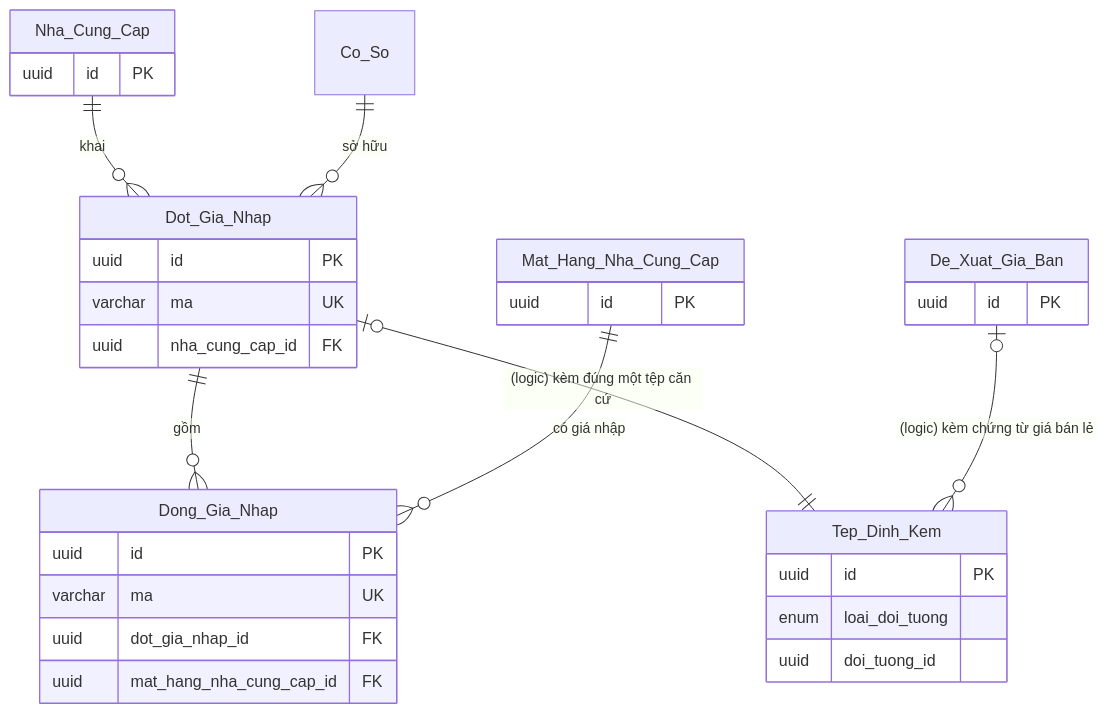
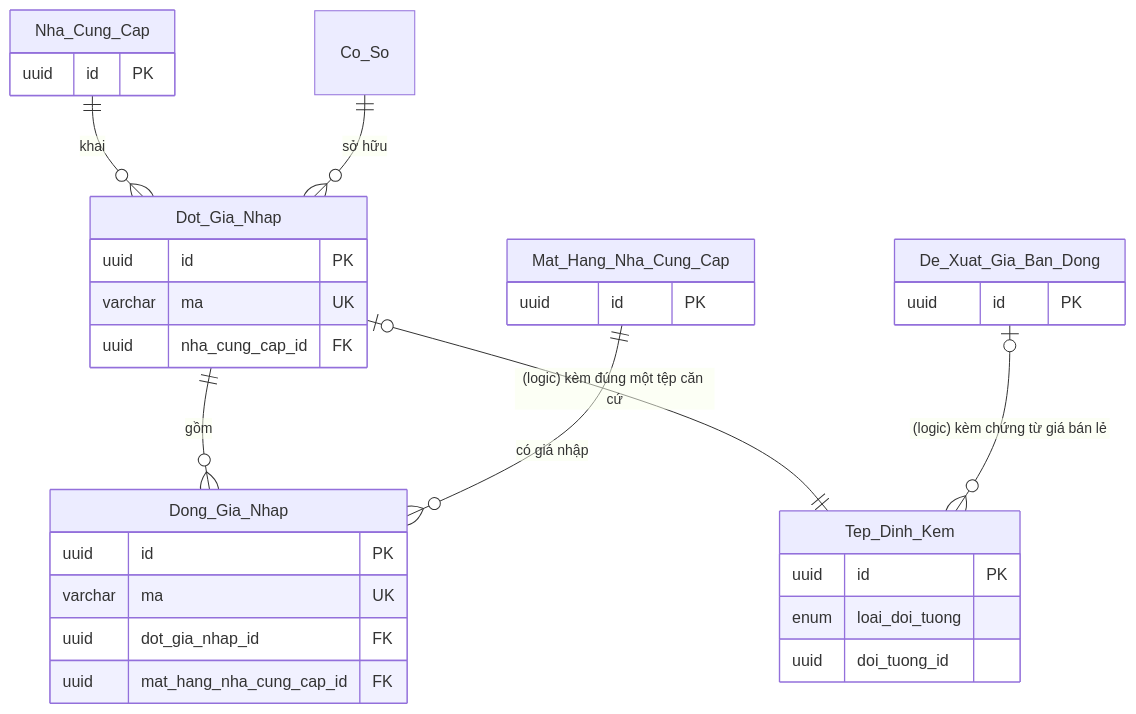
The third of 8 diagrams in 2-ba-overview/3-erd/ERD_PM3CSCN_QuanLyKhoCangTin_v02.md (phongnq12/StudyPM3), drawn with Mermaid before and after one commit. The commit also changed other lines of this file, not shown here.

First line of the commit message:
spec(du-an/3-erd): bổ sung theo lớp 5

````diff
--- a/2-ba-overview/3-erd/ERD_PM3CSCN_QuanLyKhoCangTin_v02.md
+++ b/2-ba-overview/3-erd/ERD_PM3CSCN_QuanLyKhoCangTin_v02.md
@@ -218,34 +219,34 @@
 ```mermaid
 erDiagram
     Nha_Cung_Cap ||--o{ Dot_Gia_Nhap : "khai"
     Dot_Gia_Nhap ||--o{ Dong_Gia_Nhap : "gồm"
     Mat_Hang_Nha_Cung_Cap ||--o{ Dong_Gia_Nhap : "có giá nhập"
     Dot_Gia_Nhap |o--|| Tep_Dinh_Kem : "(logic) kèm đúng một tệp căn cứ"
     Co_So ||--o{ Dot_Gia_Nhap : "sở hữu"
-    De_Xuat_Gia_Ban |o--o{ Tep_Dinh_Kem : "(logic) kèm chứng từ giá bán lẻ"
+    De_Xuat_Gia_Ban_Dong |o--o{ Tep_Dinh_Kem : "(logic) kèm chứng từ giá bán lẻ"
     Dot_Gia_Nhap {
         uuid id PK
         varchar ma UK
         uuid nha_cung_cap_id FK
     }
     Dong_Gia_Nhap {
         uuid id PK
         varchar ma UK
         uuid dot_gia_nhap_id FK
         uuid mat_hang_nha_cung_cap_id FK
     }
     Tep_Dinh_Kem {
         uuid id PK
         enum loai_doi_tuong
         uuid doi_tuong_id
     }
     Nha_Cung_Cap {
         uuid id PK
     }
     Mat_Hang_Nha_Cung_Cap {
         uuid id PK
     }
-    De_Xuat_Gia_Ban {
+    De_Xuat_Gia_Ban_Dong {
         uuid id PK
     }
 ```
````
